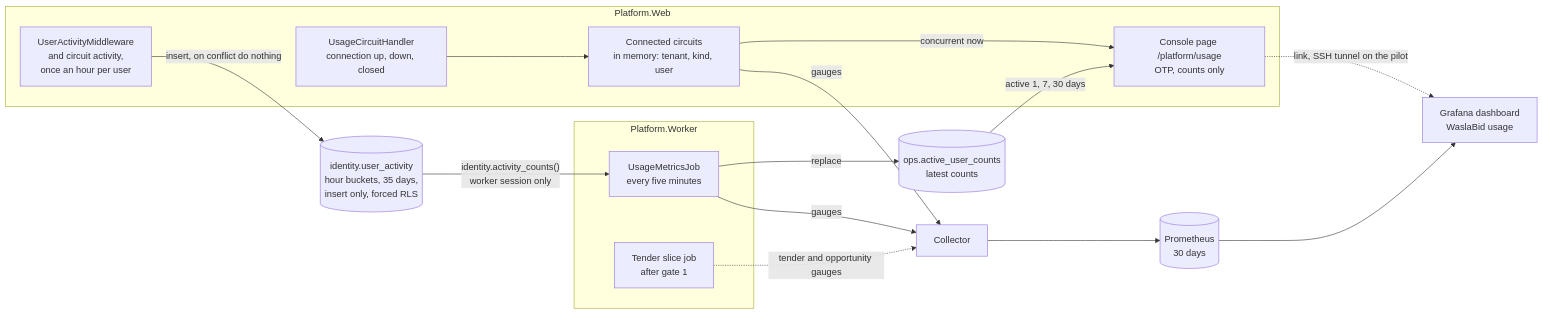
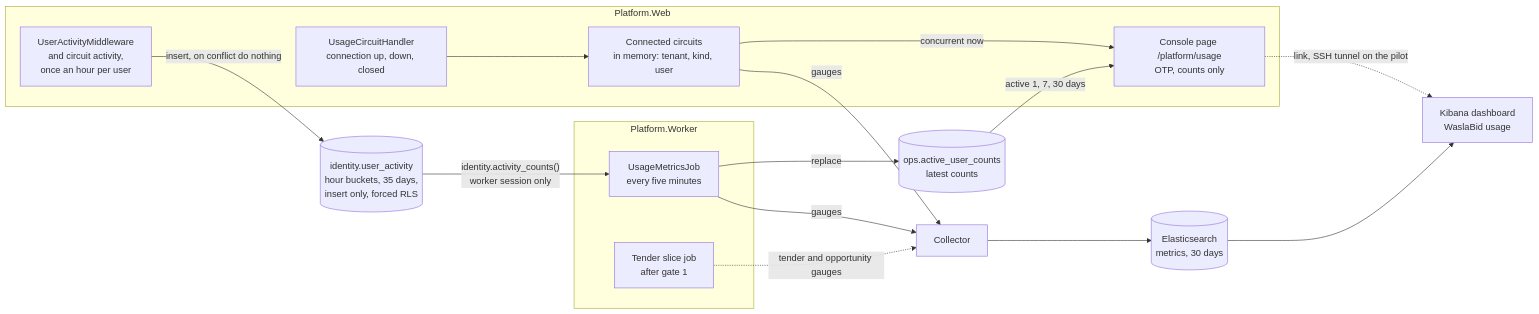
One commit to AhmedAssaf/ERP changed the second of 2 diagrams in docs/superpowers/specs/2026-09-30-observability-design.md. Above: the diagram before and after it, drawn with Mermaid. The commit also changed other lines of this file and 10 other files, not shown here.

````diff
--- a/docs/superpowers/specs/2026-09-30-observability-design.md
+++ b/docs/superpowers/specs/2026-09-30-observability-design.md
@@ -138,23 +139,23 @@
 ```mermaid
 flowchart LR
     subgraph WEB["Platform.Web"]
         CH["UsageCircuitHandler<br/>connection up, down, closed"] --> REG["Connected circuits<br/>in memory: tenant, kind, user"]
         MW["UserActivityMiddleware<br/>and circuit activity,<br/>once an hour per user"]
         PAGE["Console page /platform/usage<br/>OTP, counts only"]
     end
     MW -->|"insert, on conflict do nothing"| ACT[("identity.user_activity<br/>hour buckets, 35 days,<br/>insert only, forced RLS")]
     subgraph WRK["Platform.Worker"]
         JOB["UsageMetricsJob<br/>every five minutes"]
         TJ["Tender slice job<br/>after gate 1"]
     end
     ACT -->|"identity.activity_counts()<br/>worker session only"| JOB
     JOB -->|"replace"| SNAP[("ops.active_user_counts<br/>latest counts")]
     REG -->|"concurrent now"| PAGE
     SNAP -->|"active 1, 7, 30 days"| PAGE
     REG -->|"gauges"| COL["Collector"]
     JOB -->|"gauges"| COL
     TJ -.->|"tender and opportunity gauges"| COL
-    COL --> PROM[("Prometheus<br/>30 days")]
-    PROM --> DASH["Grafana dashboard<br/>WaslaBid usage"]
+    COL --> ES[("Elasticsearch<br/>metrics, 30 days")]
+    ES --> DASH["Kibana dashboard<br/>WaslaBid usage"]
     PAGE -.->|"link, SSH tunnel on the pilot"| DASH
 ```
````
